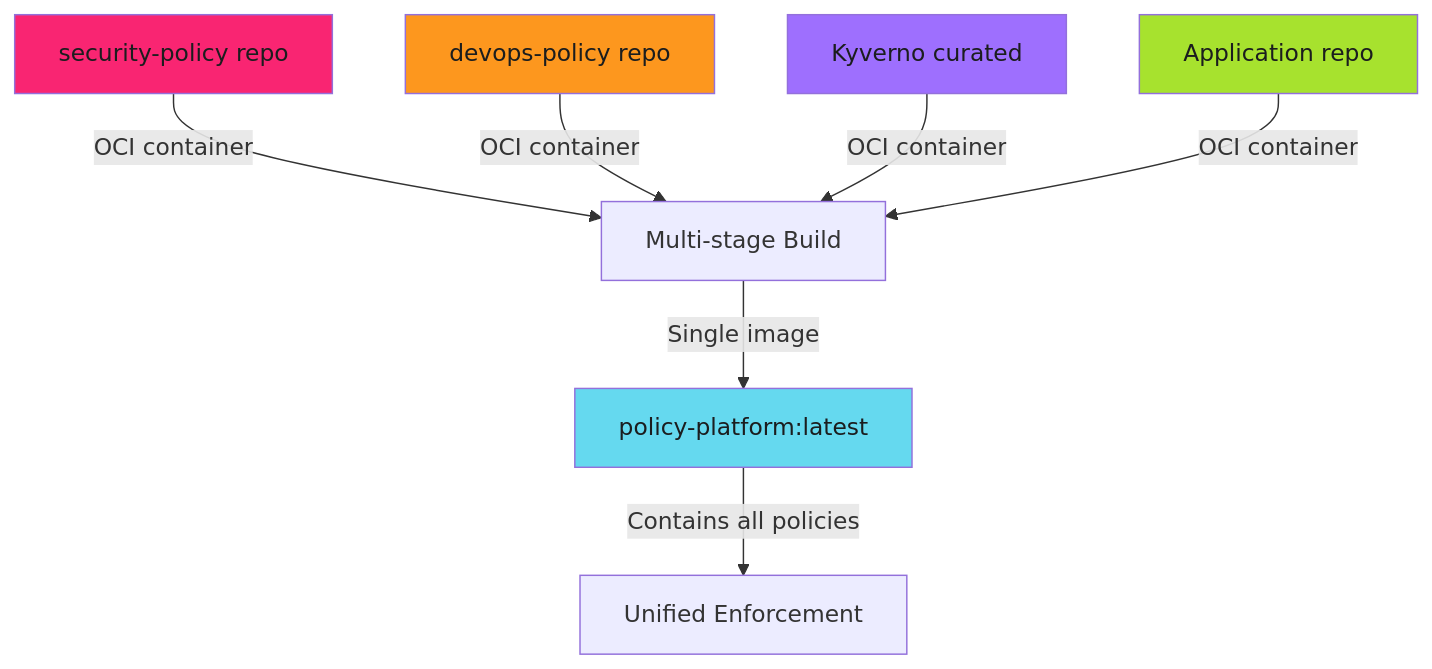
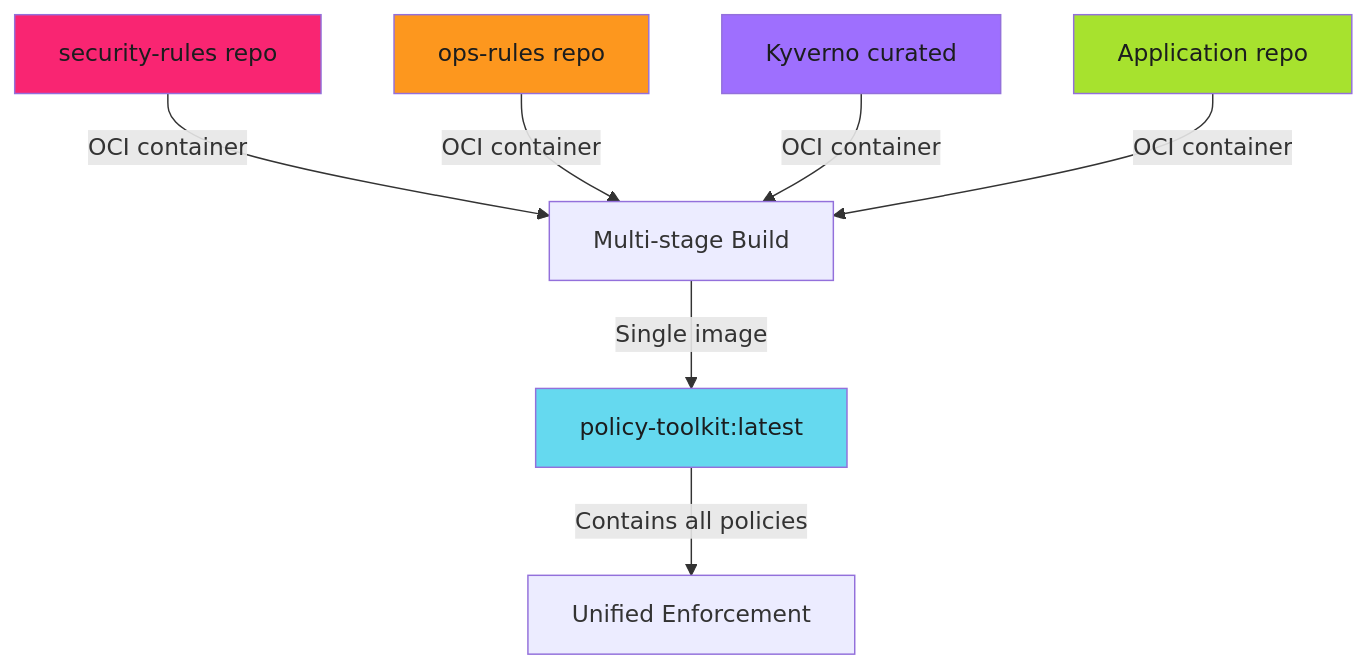
Before and after one commit to adaptive-enforcement-lab/adaptive-enforcement-lab-com: the diagram in docs/enforce/policy-as-code/multi-source-policies/index.md, drawn with Mermaid. The commit also changed other lines of this file and 24 other files, not shown here.

````diff
--- a/docs/enforce/policy-as-code/multi-source-policies/index.md
+++ b/docs/enforce/policy-as-code/multi-source-policies/index.md
@@ -14,19 +14,19 @@
 ```mermaid
 graph TD
-    SP[security-policy repo] -->|OCI container| MS[Multi-stage Build]
-    DP[devops-policy repo] -->|OCI container| MS
+    SP[security-rules repo] -->|OCI container| MS[Multi-stage Build]
+    DP[ops-rules repo] -->|OCI container| MS
     KC[Kyverno curated] -->|OCI container| MS
     APP[Application repo] -->|OCI container| MS
 
-    MS -->|Single image| PP[policy-platform:latest]
+    MS -->|Single image| PP[policy-toolkit:latest]
 
     PP -->|Contains all policies| OUT[Unified Enforcement]
 
     %% Ghostty Hardcore Theme
     style SP fill:#f92572,color:#1b1d1e
     style DP fill:#fd971e,color:#1b1d1e
     style KC fill:#9e6ffe,color:#1b1d1e
     style APP fill:#a7e22e,color:#1b1d1e
     style PP fill:#65d9ef,color:#1b1d1e
 
 ```
````
